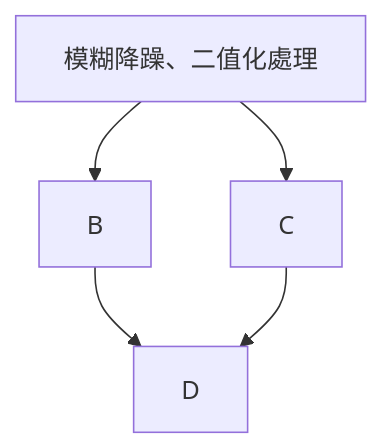
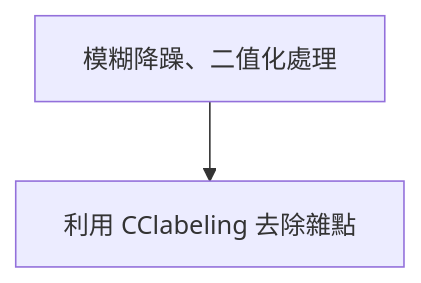
Before and after one commit to grant1004/license-plate-recognition: the diagram in README.md, drawn with Mermaid.

````diff
--- a/README.md
+++ b/README.md
@@ -12,7 +12,4 @@
 ```mermaid
 flowchart TD;
-     A[模糊降躁、二值化處理]-->B;
-     A-->C;
-     B-->D;
-     C-->D;
+     A[模糊降躁、二值化處理]-->B[利用 CClabeling 去除雜點];
 ```
````
